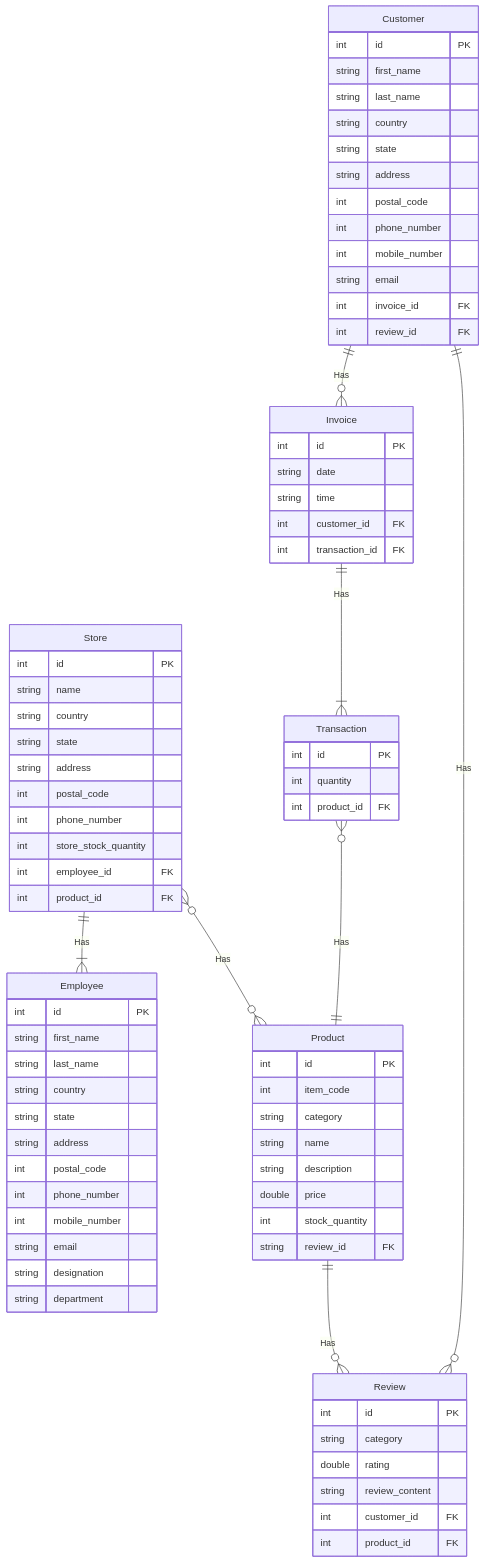
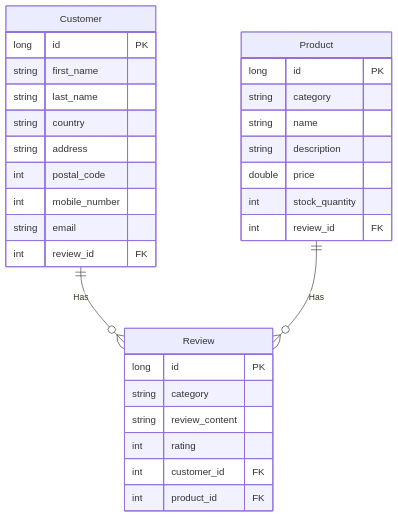
Before and after one commit to kiblykat/TheReviewRoom: the diagram in Documentation/Diagrams/Entity Relationship Diagram.md, drawn with Mermaid. The commit also changed 2 other files, not shown here.

Commit message:
Updated ER diagram
Fixed data types. Fixed syntax.

````diff
--- a/Documentation/Diagrams/Entity Relationship Diagram.md
+++ b/Documentation/Diagrams/Entity Relationship Diagram.md
@@ -1,88 +1,36 @@
 ```mermaid
 erDiagram
     Customer {
-        int id PK
+        long id PK
         string first_name
         string last_name
         string country
-        string state
         string address
         int postal_code
-        int phone_number
         int mobile_number
         string email
-        int invoice_id FK
         int review_id FK
     }
 
-    Employee {
-        int id PK
-        string first_name
-        string last_name
-        string country
-        string state
-        string address
-        int postal_code
-        int phone_number
-        int mobile_number
-        string email
-        string designation
-        string department
-    }
-
-    Invoice {
-        int id PK
-        string date
-        string time
-        int customer_id FK
-        int transaction_id FK
-    }
-
     Review {
-        int id PK
+        long id PK
         string category
-        double rating
         string review_content
+        int rating
         int customer_id FK
         int product_id FK
     }
 
     Product {
-        int id PK
-        int item_code
+        long id PK
         string category
         string name
         string description
         double price
         int stock_quantity
-        string review_id FK
-    }
-
-    Store {
-        int id PK
-        string name
-        string country
-        string state
-        string address
-        int postal_code
-        int phone_number
-        int store_stock_quantity
-        int employee_id FK
-        int product_id FK
-    }
-
-    Transaction {
-        int id PK
-        int quantity
-        int product_id FK
+        int review_id FK
     }
 
     Customer ||--O{ Review : "Has"
-    Customer ||--O{ Invoice : "Has"
-    Invoice ||--|{ Transaction : "Has"
     Product ||--O{ Review : "Has"
-    Store }O--O{ Product : "Has"
-    Store ||--|{ Employee : "Has"
-    Transaction }O--|| Product : "Has"
-    %% Employee |O--O{ Employee : "Manages"
 ```
````
